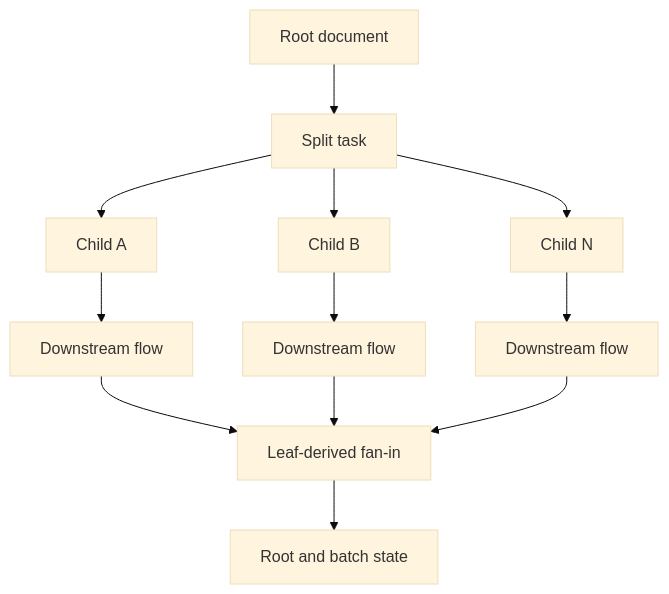
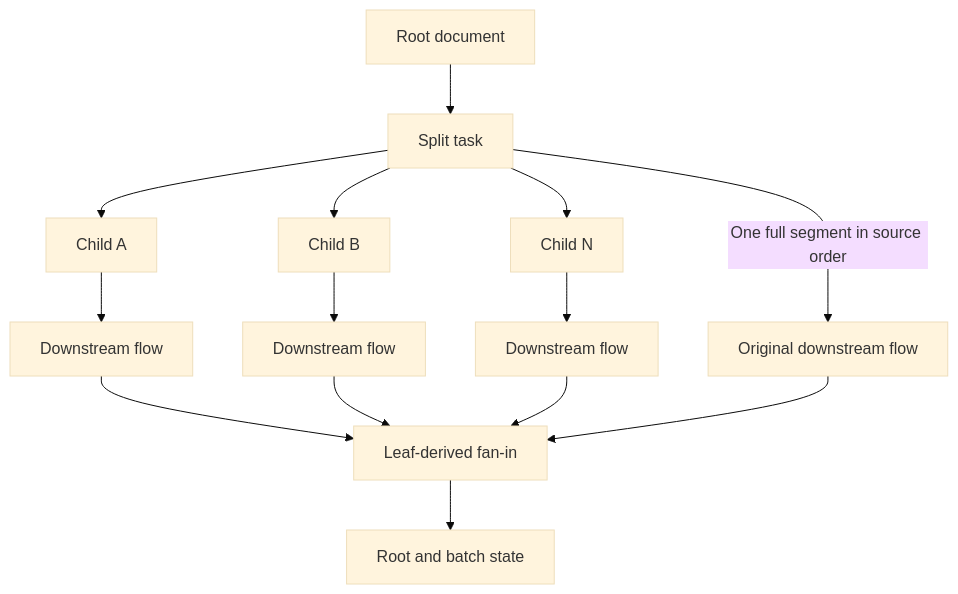
One commit to bpsong/pdfdoc_extraction changed the sixth of 8 diagrams in docs/design_architecture.md. Above: the diagram before and after it, drawn with Mermaid (base theme). The commit also changed other lines of this file and 43 other files, not shown here.

````diff
--- a/docs/design_architecture.md
+++ b/docs/design_architecture.md
@@ -660,14 +661,16 @@
 ```mermaid
 flowchart TD
     Root["Root document"] --> Split["Split task"]
+    Split -->|One full segment in source order| Original["Original downstream flow"]
     Split --> A["Child A"]
     Split --> B["Child B"]
     Split --> N["Child N"]
     A --> FA["Downstream flow"]
     B --> FB["Downstream flow"]
     N --> FN["Downstream flow"]
     FA --> FanIn["Leaf-derived fan-in"]
     FB --> FanIn
     FN --> FanIn
     FanIn --> Aggregate["Root and batch state"]
+    Original --> FanIn
 ```
````
